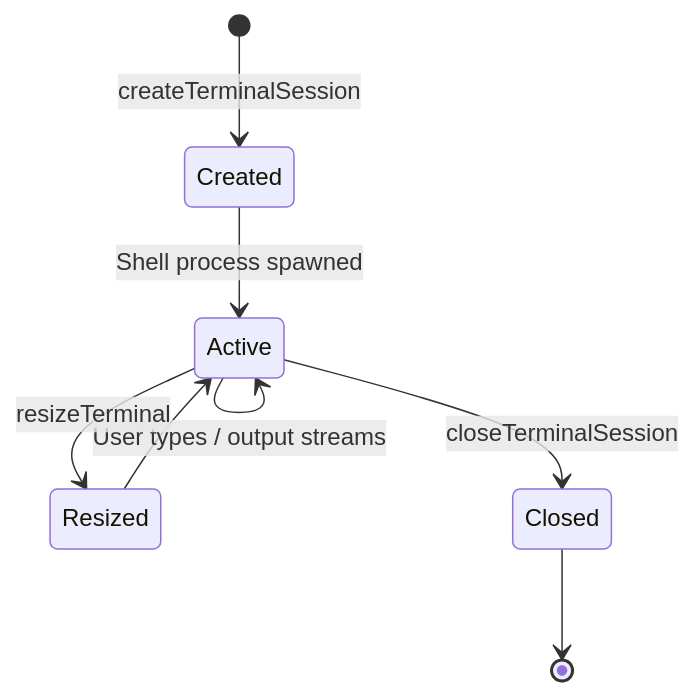
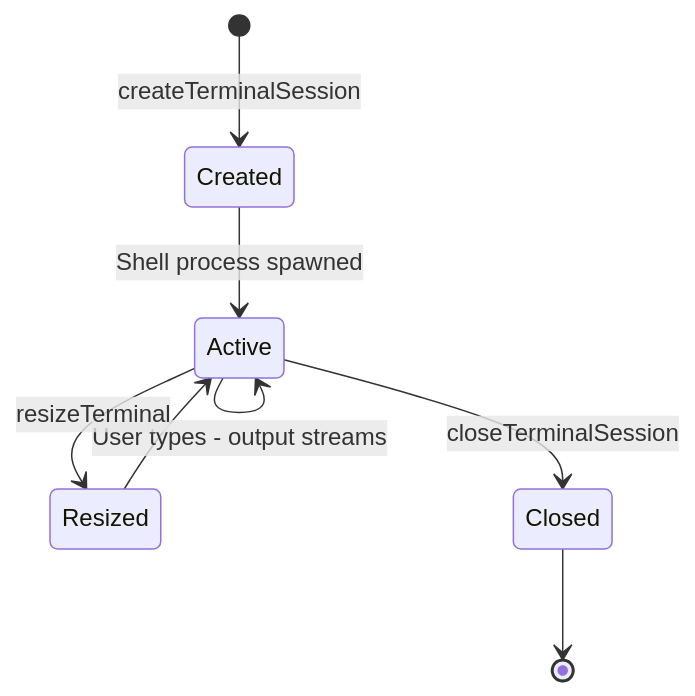
The second of 2 diagrams in 10-terminal-system.md (ChrisFeldmeier/codex-research), drawn with Mermaid before and after one commit. The commit also changed other lines of this file and 10 other files, not shown here.

Commit message:
Refactor mermaid diagrams for improved clarity and consistency in label descriptions across various documentation files

````diff
--- a/10-terminal-system.md
+++ b/10-terminal-system.md
@@ -52,10 +52,10 @@
 ```mermaid
 stateDiagram-v2
     [*] --> Created: createTerminalSession
     Created --> Active: Shell process spawned
-    Active --> Active: User types / output streams
+    Active --> Active: User types - output streams
     Active --> Resized: resizeTerminal
     Resized --> Active
     Active --> Closed: closeTerminalSession
     Closed --> [*]
 ```
````
